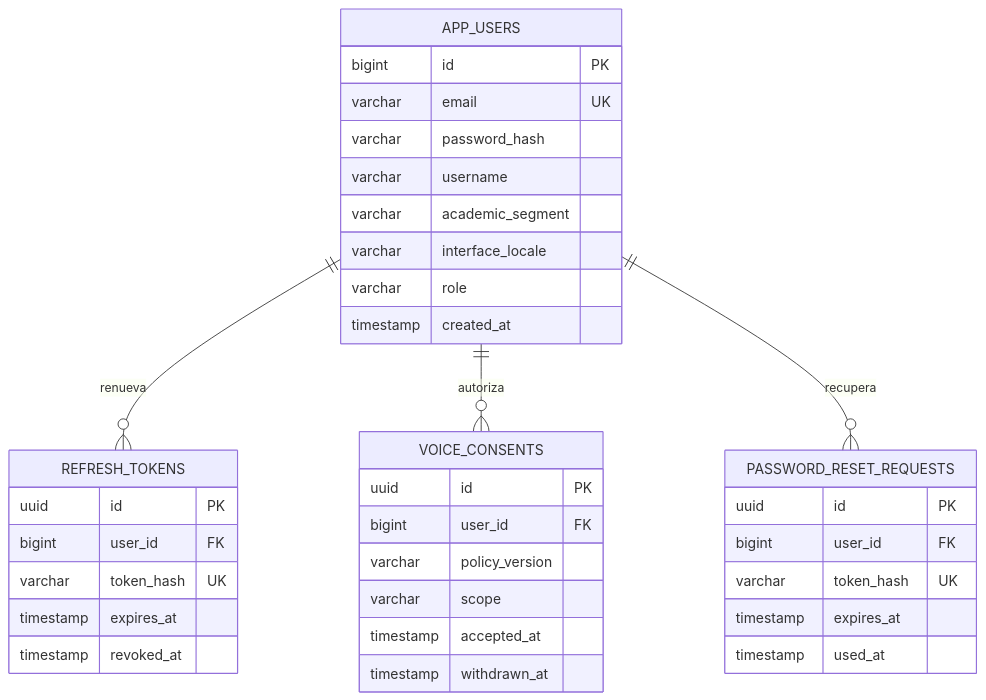
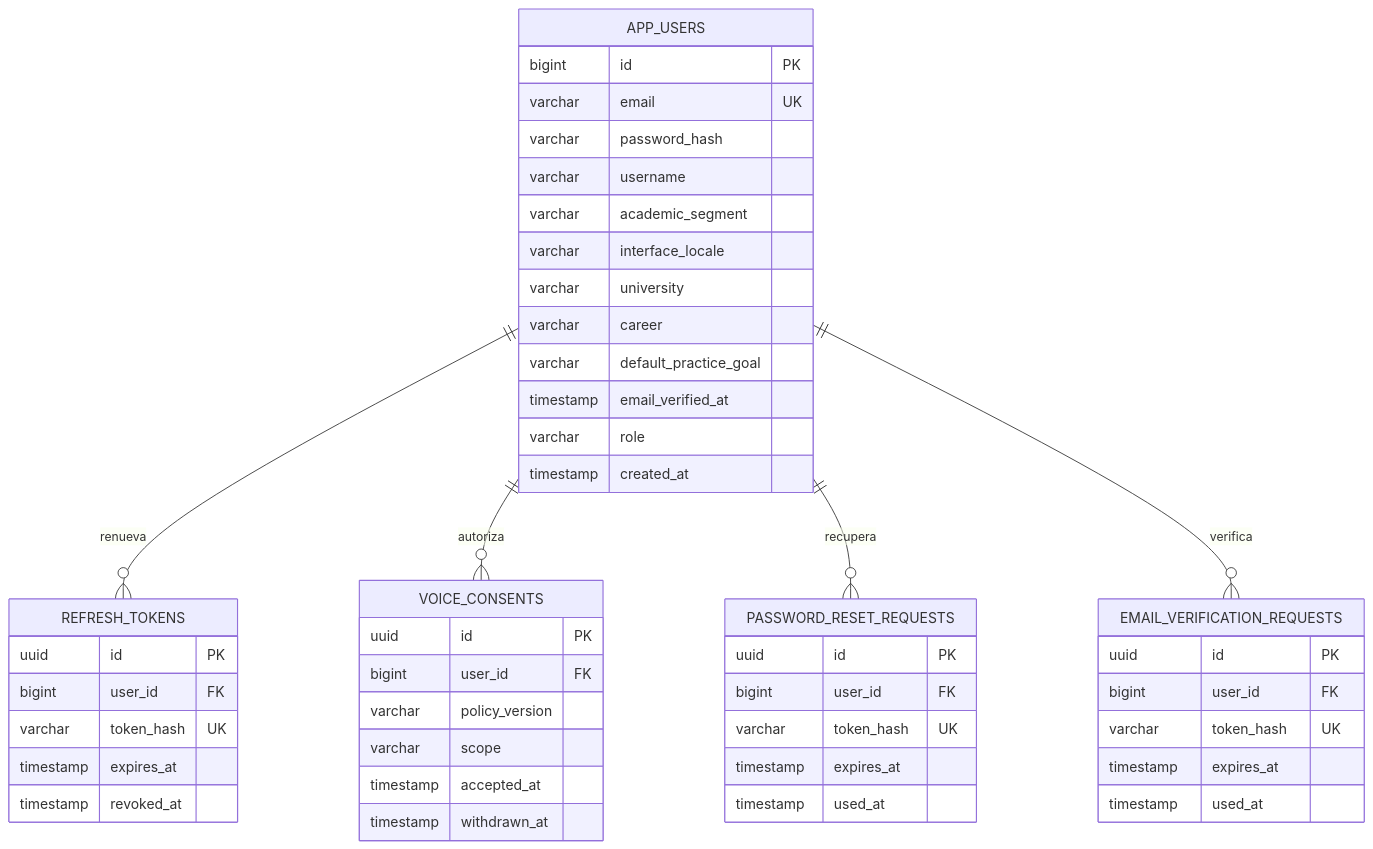
The diagram in assets/diagrams/tactical/08-identity-access-database.mmd (upc-pre-202620-si728-16365-thropic/talki-project-report), drawn with Mermaid before and after one commit. The commit also changed 23 other files, not shown here.

```diff
--- a/assets/diagrams/tactical/08-identity-access-database.mmd
+++ b/assets/diagrams/tactical/08-identity-access-database.mmd
@@ -1,36 +1,48 @@
 erDiagram
     APP_USERS ||--o{ REFRESH_TOKENS : renueva
     APP_USERS ||--o{ VOICE_CONSENTS : autoriza
     APP_USERS ||--o{ PASSWORD_RESET_REQUESTS : recupera
+    APP_USERS ||--o{ EMAIL_VERIFICATION_REQUESTS : verifica
     APP_USERS {
         bigint id PK
         varchar email UK
         varchar password_hash
         varchar username
         varchar academic_segment
         varchar interface_locale
+        varchar university
+        varchar career
+        varchar default_practice_goal
+        timestamp email_verified_at
         varchar role
         timestamp created_at
     }
     REFRESH_TOKENS {
         uuid id PK
         bigint user_id FK
         varchar token_hash UK
         timestamp expires_at
         timestamp revoked_at
     }
     VOICE_CONSENTS {
         uuid id PK
         bigint user_id FK
         varchar policy_version
         varchar scope
         timestamp accepted_at
         timestamp withdrawn_at
     }
     PASSWORD_RESET_REQUESTS {
         uuid id PK
         bigint user_id FK
         varchar token_hash UK
         timestamp expires_at
         timestamp used_at
     }
+    EMAIL_VERIFICATION_REQUESTS {
+        uuid id PK
+        bigint user_id FK
+        varchar token_hash UK
+        timestamp expires_at
+        timestamp used_at
+    }
```
